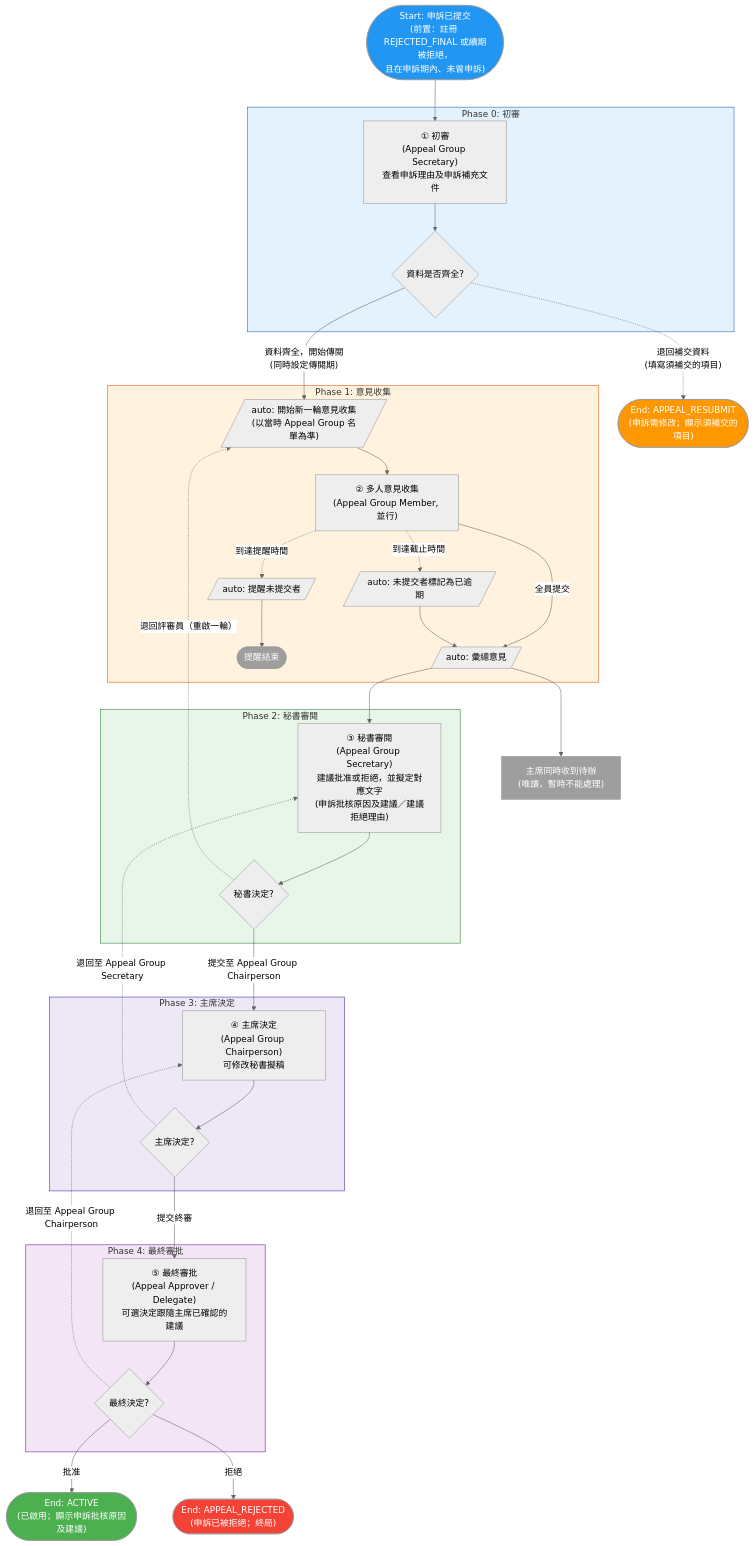
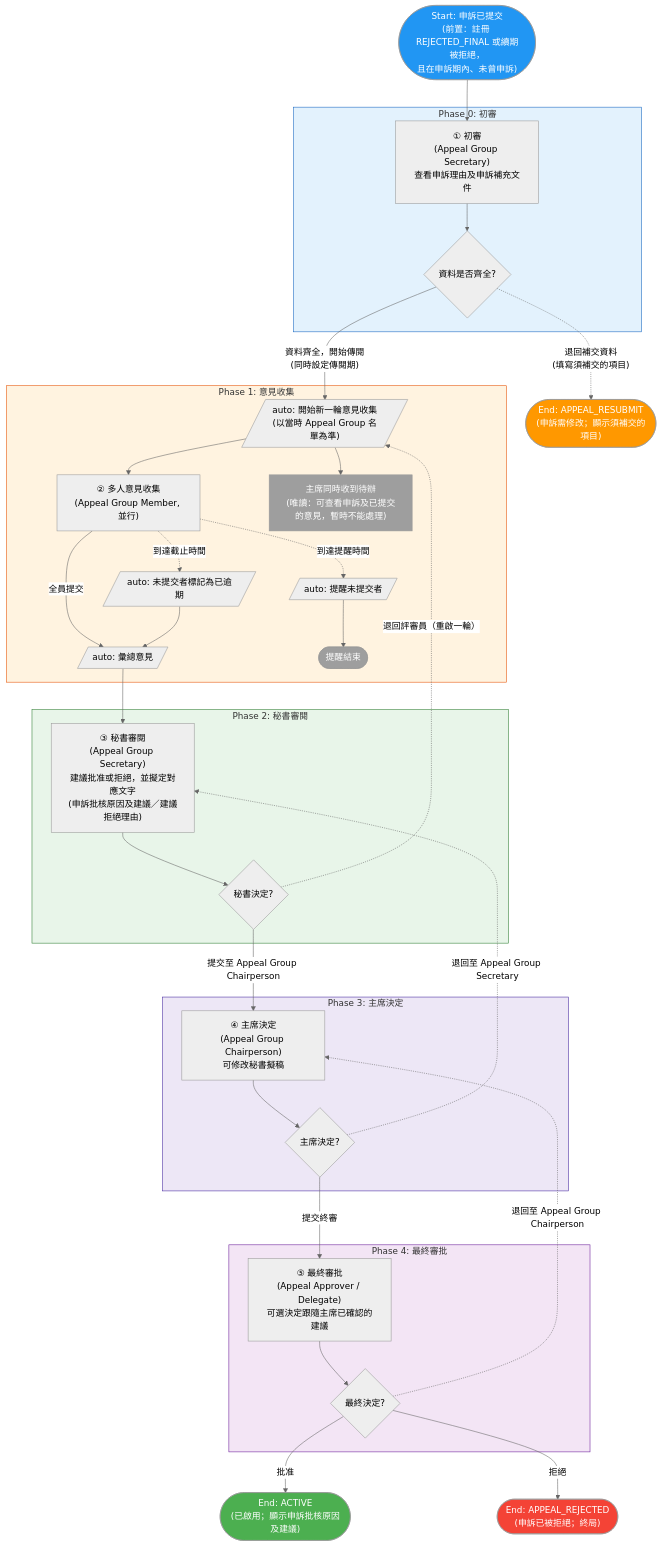
One commit to OneStar-Projects/SLAS-Docs changed the fourth of 6 diagrams in docs/student-org-workflow-flowcharts.md. Above: the diagram before and after it, drawn with Mermaid (neutral theme). The commit also changed other lines of this file and 2 other files, not shown here.

First line of the commit message:
docs(stugroup): the chairperson's read-only to-do starts with the opinion round

````diff
--- a/docs/student-org-workflow-flowcharts.md
+++ b/docs/student-org-workflow-flowcharts.md
@@ -359,71 +359,71 @@
 ```mermaid
 flowchart TD
     Start(["Start: 申訴已提交<br/>(前置：註冊 REJECTED_FINAL 或續期被拒絕，<br/>且在申訴期內、未曾申訴)"])
     EndSupplement(["End: APPEAL_RESUBMIT<br/>(申訴需修改；顯示須補交的項目)"])
     EndApproved(["End: ACTIVE<br/>(已啟用；顯示申訴批核原因及建議)"])
     EndRejected(["End: APPEAL_REJECTED<br/>(申訴已被拒絕；終局)"])
 
     Start --> AppealSecretaryCheck
 
     subgraph Phase0["Phase 0: 初審"]
         AppealSecretaryCheck["① 初審<br/>(Appeal Group Secretary)<br/>查看申訴理由及申訴補充文件"]
         AppealSecretaryCheck --> InitGate{資料是否齊全?}
     end
 
     InitGate -.->|"退回補交資料<br/>(填寫須補交的項目)"| EndSupplement
     InitGate -->|"資料齊全，開始傳閱<br/>(同時設定傳閱期)"| InitOpinion
 
     subgraph Phase1["Phase 1: 意見收集"]
         InitOpinion[/"auto: 開始新一輪意見收集<br/>(以當時 Appeal Group 名單為準)"/]
         InitOpinion --> CollectOpinions["② 多人意見收集<br/>(Appeal Group Member, 並行)"]
+        InitOpinion --> AppealChairLocked["主席同時收到待辦<br/>(唯讀：可查看申訴及已提交的意見，暫時不能處理)"]
 
         CollectOpinions -->|"全員提交"| SummarizeOpinions
         CollectOpinions -.->|"到達截止時間"| TimeoutHandler[/"auto: 未提交者標記為已逾期"/]
         CollectOpinions -.->|"到達提醒時間"| SendReminder[/"auto: 提醒未提交者"/]
 
         TimeoutHandler --> SummarizeOpinions
         SendReminder --> ReminderEnd(["提醒結束"])
 
         SummarizeOpinions[/"auto: 彙總意見"/]
     end
 
     SummarizeOpinions --> AppealSecretaryReview
-    SummarizeOpinions --> AppealChairLocked["主席同時收到待辦<br/>(唯讀，暫時不能處理)"]
 
     subgraph Phase2["Phase 2: 秘書審閱"]
         AppealSecretaryReview["③ 秘書審閱<br/>(Appeal Group Secretary)<br/>建議批准或拒絕，並擬定對應文字<br/>(申訴批核原因及建議／建議拒絕理由)"]
         AppealSecretaryReview --> SecretaryGate{秘書決定?}
     end
 
     SecretaryGate -.->|"退回評審員（重啟一輪）"| InitOpinion
     SecretaryGate -->|"提交至 Appeal Group Chairperson"| AppealChairDecision
 
     subgraph Phase3["Phase 3: 主席決定"]
         AppealChairDecision["④ 主席決定<br/>(Appeal Group Chairperson)<br/>可修改秘書擬稿"]
         AppealChairDecision --> ChairGate{主席決定?}
     end
 
     ChairGate -.->|"退回至 Appeal Group Secretary"| AppealSecretaryReview
     ChairGate -->|"提交終審"| FinalApproval
 
     subgraph Phase4["Phase 4: 最終審批"]
         FinalApproval["⑤ 最終審批<br/>(Appeal Approver / Delegate)<br/>可選決定跟隨主席已確認的建議"]
         FinalApproval --> FinalGate{最終決定?}
     end
 
     FinalGate -->|"批准"| EndApproved
     FinalGate -->|"拒絕"| EndRejected
     FinalGate -.->|"退回至 Appeal Group Chairperson"| AppealChairDecision
 
     style Start fill:#2196F3,color:#fff
     style EndApproved fill:#4CAF50,color:#fff
     style EndRejected fill:#f44336,color:#fff
     style EndSupplement fill:#FF9800,color:#fff
     style ReminderEnd fill:#9E9E9E,color:#fff
     style AppealChairLocked fill:#9E9E9E,color:#fff
     style Phase0 fill:#E3F2FD,stroke:#1565C0
     style Phase1 fill:#FFF3E0,stroke:#E65100
     style Phase2 fill:#E8F5E9,stroke:#2E7D32
     style Phase3 fill:#EDE7F6,stroke:#4527A0
     style Phase4 fill:#F3E5F5,stroke:#6A1B9A
 ```
````
